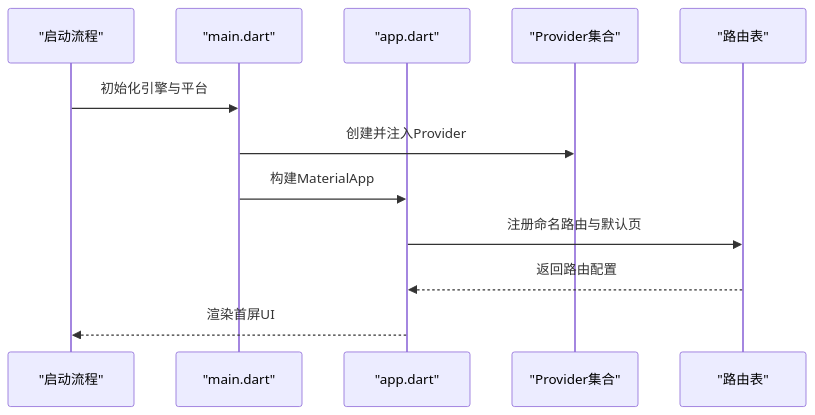
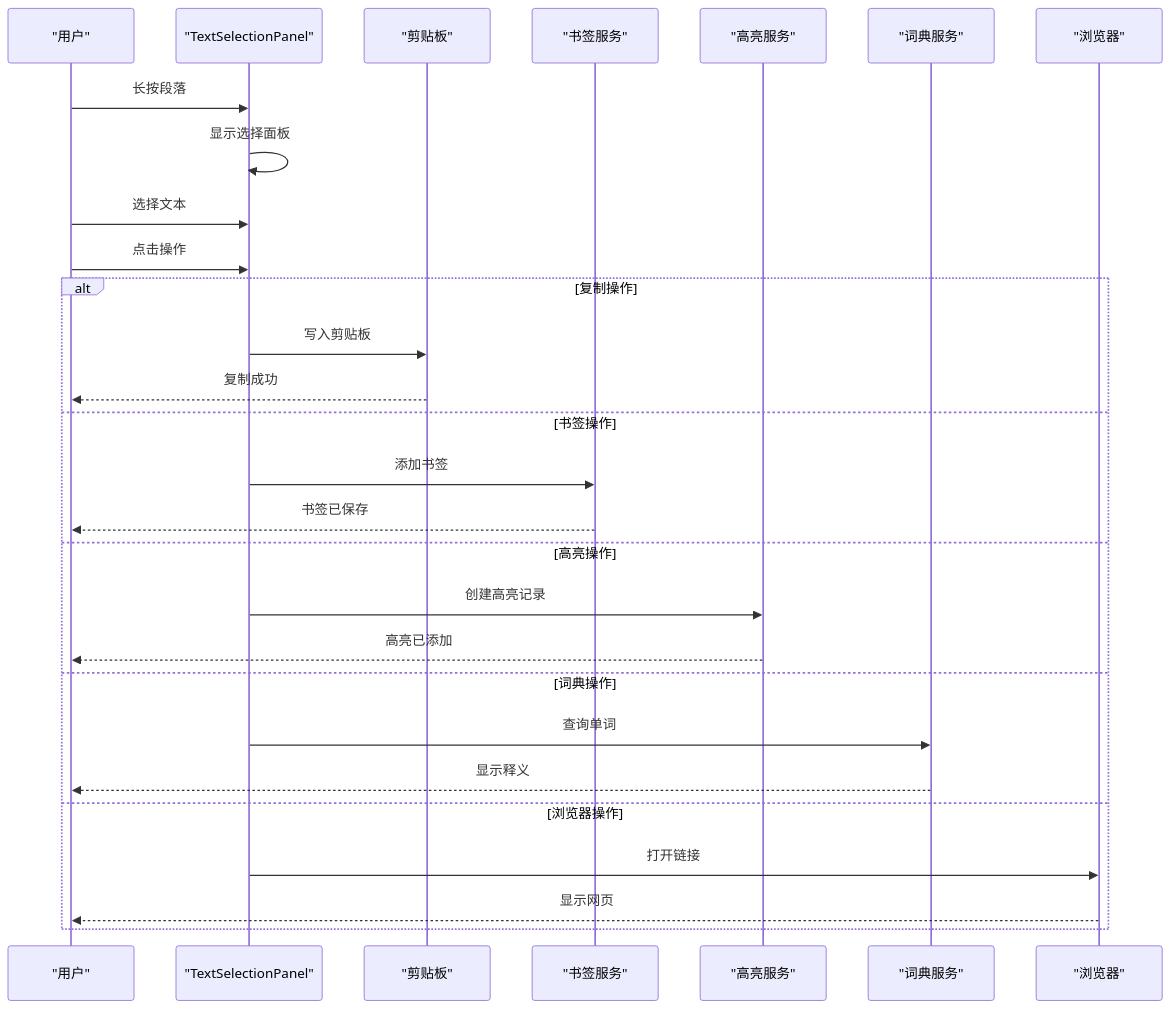
One commit to ZhangGHGitHub/LegadoTeamFlutter changed the third of 9 diagrams in .qoder/repowiki/zh/content/Flutter跨平台应用/Flutter跨平台应用.md. Above: the diagram before and after it, drawn with Mermaid. The commit also changed other lines of this file and 173 other files, not shown here.

````diff
--- a/.qoder/repowiki/zh/content/Flutter跨平台应用/Flutter跨平台应用.md
+++ b/.qoder/repowiki/zh/content/Flutter跨平台应用/Flutter跨平台应用.md
@@ -176,14 +283,30 @@
 ```mermaid
 sequenceDiagram
-participant Boot as "启动流程"
-participant Main as "main.dart"
-participant App as "app.dart"
-participant Providers as "Provider集合"
-participant Router as "路由表"
-Boot->>Main : 初始化引擎与平台
-Main->>Providers : 创建并注入Provider
-Main->>App : 构建MaterialApp
-App->>Router : 注册命名路由与默认页
-Router-->>App : 返回路由配置
-App-->>Boot : 渲染首屏UI
+participant User as "用户"
+participant Panel as "TextSelectionPanel"
+participant Clipboard as "剪贴板"
+participant Bookmark as "书签服务"
+participant Highlight as "高亮服务"
+participant Dict as "词典服务"
+participant Browser as "浏览器"
+User->>Panel : 长按段落
+Panel->>Panel : 显示选择面板
+User->>Panel : 选择文本
+User->>Panel : 点击操作
+alt 复制操作
+Panel->>Clipboard : 写入剪贴板
+Clipboard-->>User : 复制成功
+else 书签操作
+Panel->>Bookmark : 添加书签
+Bookmark-->>User : 书签已保存
+else 高亮操作
+Panel->>Highlight : 创建高亮记录
+Highlight-->>User : 高亮已添加
+else 词典操作
+Panel->>Dict : 查询单词
+Dict-->>User : 显示释义
+else 浏览器操作
+Panel->>Browser : 打开链接
+Browser-->>User : 显示网页
+end
 ```
````
